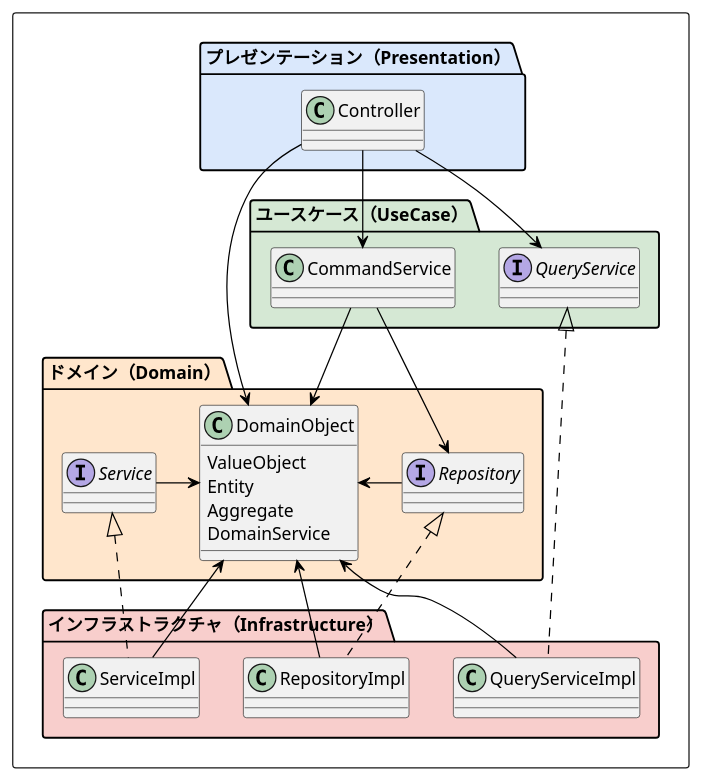
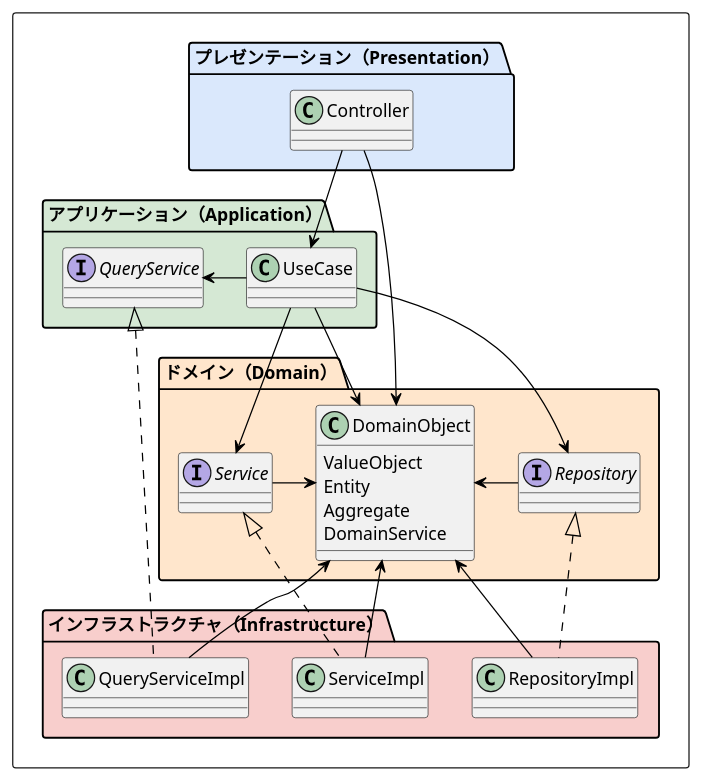
The diagram in diagrams/LayerStructure_TypicalClass.pu (TakashiOnawa/ddd-architecture), drawn with PlantUML before and after one commit. The commit also changed 7 other files, not shown here.

```diff
--- a/diagrams/LayerStructure_TypicalClass.pu
+++ b/diagrams/LayerStructure_TypicalClass.pu
@@ -1,54 +1,55 @@
 @startuml LayerStructure_TypicalClass
 
 skinparam sequence {
     ArrowColor #Black
 }
 skinparam NoteBorderColor #Black
 
 rectangle {
     package "プレゼンテーション（Presentation）" as Presentation #dae8fc {
         class Controller
     }
 
-    package "ユースケース（UseCase）" as UseCase #d5e8d4 {
-        class CommandService
+    package "アプリケーション（Application）" as Application #d5e8d4 {
+        class UseCase
         interface QueryService
     }
 
     package "ドメイン（Domain）" as Domain #ffe6cc {
         class DomainObject {
             ValueObject
             Entity
             Aggregate
             DomainService
         }
         interface Repository
         interface Service
     }
 
     package "インフラストラクチャ（Infrastructure）" as Infrastructure #f8cecc {
         class RepositoryImpl
         class ServiceImpl
         class QueryServiceImpl
     }
 
-    Controller --> CommandService
-    Controller --> QueryService
+    Controller --> UseCase
     Controller --> DomainObject
 
-    CommandService --> DomainObject
-    CommandService --> Repository
+    UseCase -> QueryService
+    UseCase --> DomainObject
+    UseCase --> Repository
+    UseCase --> Service
 
     RepositoryImpl .up.|> Repository
     ServiceImpl .up.|> Service
     QueryServiceImpl .up.|> QueryService
 
     Repository -> DomainObject
     Service -> DomainObject
 
     RepositoryImpl -up-> DomainObject
     ServiceImpl -up-> DomainObject
     QueryServiceImpl -up-> DomainObject
 }
 
 @enduml
```
